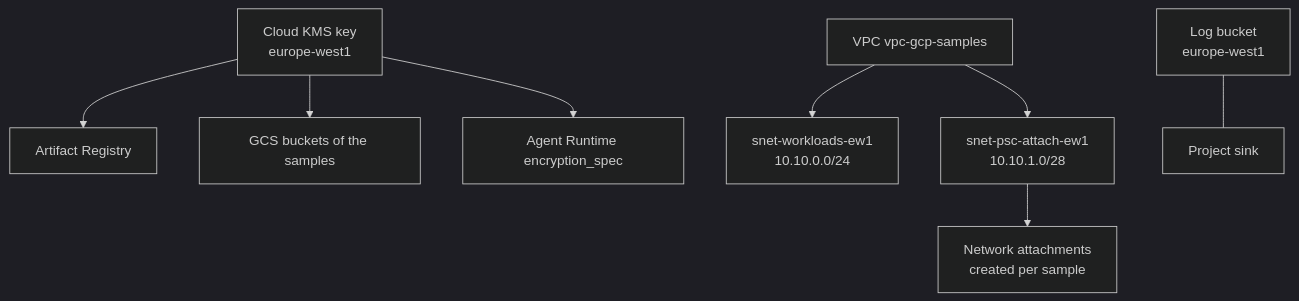
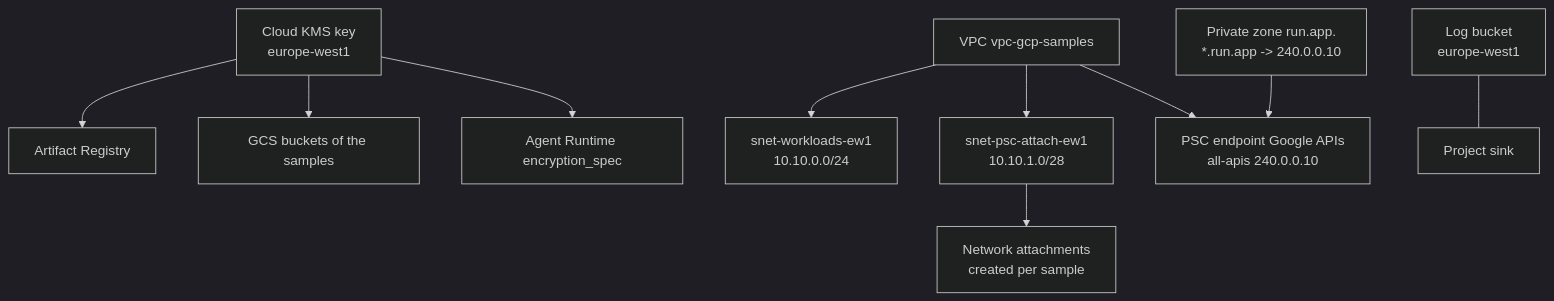
One commit to a-besson/gcp-ai-samples changed the diagram in samples/base/README.md. Above: the diagram before and after it, drawn with Mermaid (dark theme). The commit also changed other lines of this file and 5 other files, not shown here.

First line of the commit message:
feat(base): reach internal cloud run through a psc endpoint for google apis

````diff
--- a/samples/base/README.md
+++ b/samples/base/README.md
@@ -17,10 +18,12 @@
 ```mermaid
 graph TD
     KMS[Cloud KMS key<br/>europe-west1] --> AR[Artifact Registry]
     KMS --> GCS[GCS buckets of the samples]
     KMS --> RT[Agent Runtime encryption_spec]
     VPC[VPC vpc-gcp-samples] --> SN1[snet-workloads-ew1<br/>10.10.0.0/24]
     VPC --> SN2[snet-psc-attach-ew1<br/>10.10.1.0/28]
     SN2 --> NA[Network attachments<br/>created per sample]
+    VPC --> PSC[PSC endpoint Google APIs<br/>all-apis 240.0.0.10]
+    DNS[Private zone run.app.<br/>*.run.app -> 240.0.0.10] --> PSC
     LOG[Log bucket<br/>europe-west1] --- SINK[Project sink]
 ```
````
